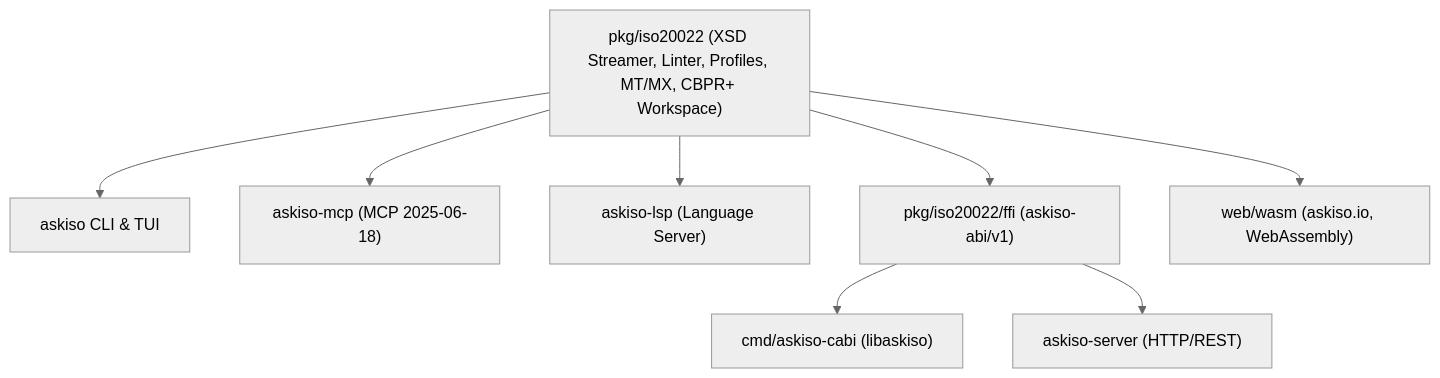
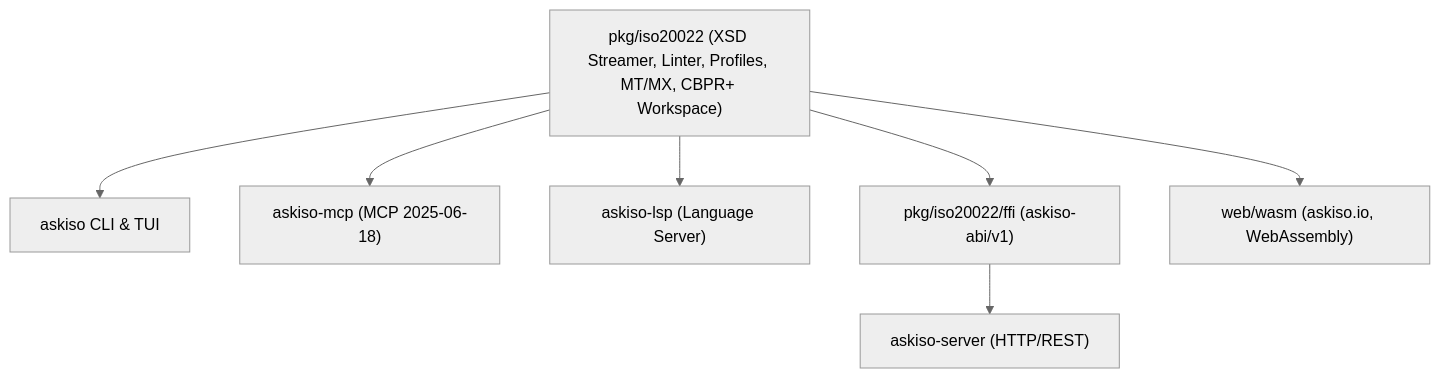
Before and after one commit to sebastienrousseau/askiso: the diagram in docs/ARCHITECTURE.md, drawn with Mermaid (neutral theme). The commit also changed other lines of this file and 16 other files, not shown here.

````diff
--- a/docs/ARCHITECTURE.md
+++ b/docs/ARCHITECTURE.md
@@ -5,12 +5,11 @@
 ```mermaid
 flowchart TD
     Core["pkg/iso20022 (XSD Streamer, Linter, Profiles, MT/MX, CBPR+ Workspace)"]
     Core --> CLI["askiso CLI & TUI"]
     Server["askiso-server (HTTP/REST)"]
     Core --> MCP["askiso-mcp (MCP 2025-06-18)"]
     Core --> LSP["askiso-lsp (Language Server)"]
     Core --> FFI["pkg/iso20022/ffi (askiso-abi/v1)"]
     Core --> WASM["web/wasm (askiso.io, WebAssembly)"]
-    FFI --> CABI["cmd/askiso-cabi (libaskiso)"]
     FFI --> Server
 ```
````
